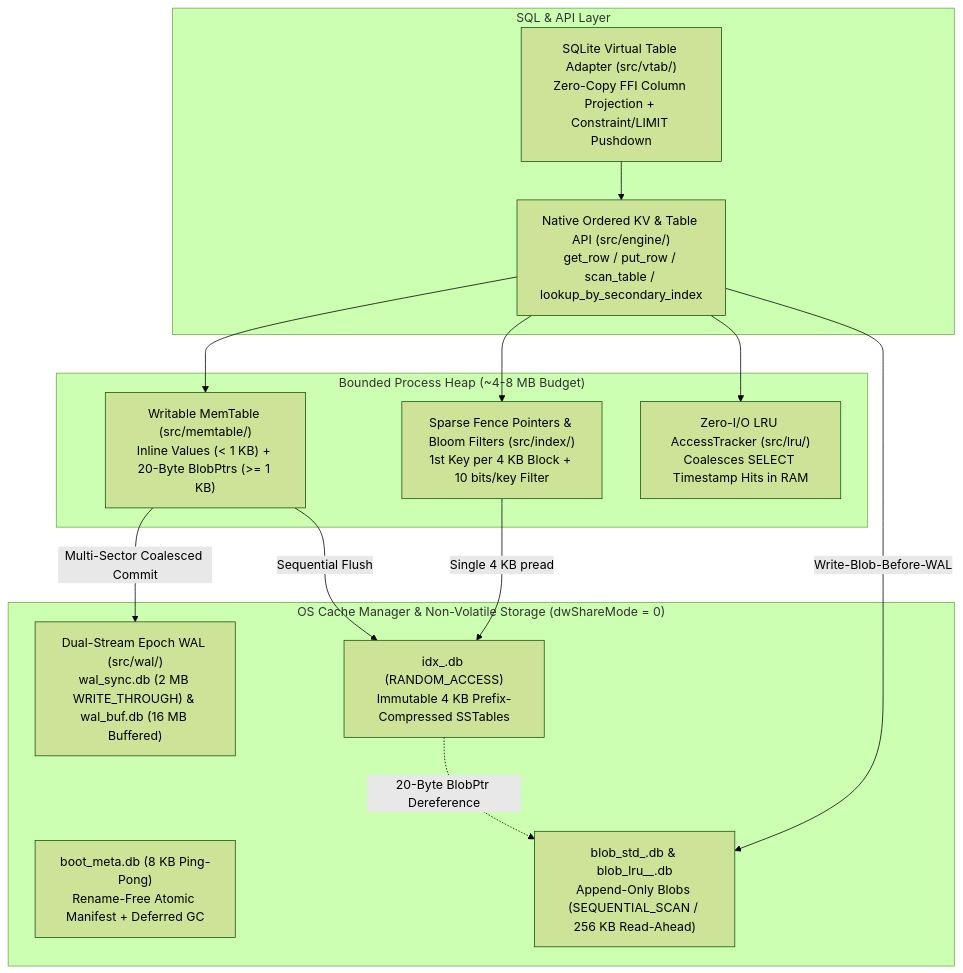
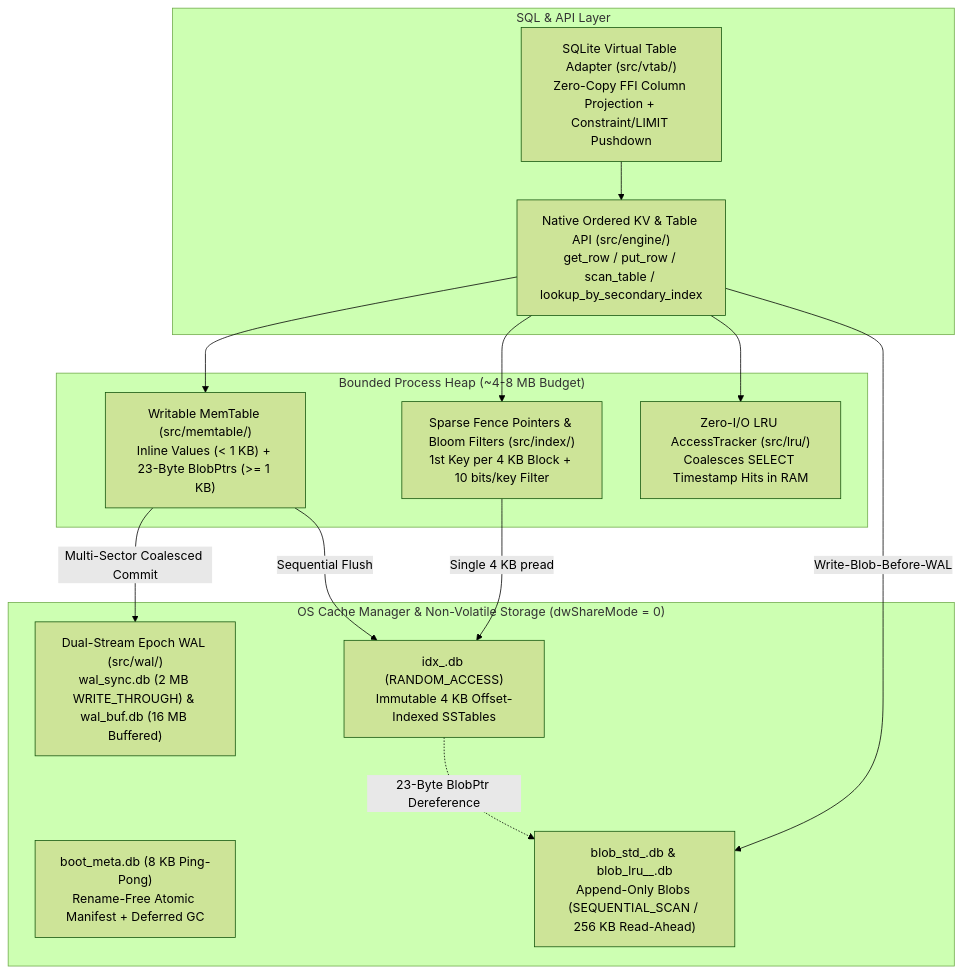
Before and after one commit to toyoshim-i/aydb: the diagram in README.md, drawn with Mermaid (forest theme). The commit also changed other lines of this file and 3 other files, not shown here.

````diff
--- a/README.md
+++ b/README.md
@@ -15,30 +15,30 @@
 ```mermaid
 flowchart TB
     subgraph SQL["SQL & API Layer"]
         VTAB["SQLite Virtual Table Adapter (src/vtab/)<br/>Zero-Copy FFI Column Projection + Constraint/LIMIT Pushdown"]
         KVAPI["Native Ordered KV & Table API (src/engine/)<br/>get_row / put_row / scan_table / lookup_by_secondary_index"]
     end
 
     subgraph Memory["Bounded Process Heap (~4-8 MB Budget)"]
-        MT["Writable MemTable (src/memtable/)<br/>Inline Values (< 1 KB) + 20-Byte BlobPtrs (>= 1 KB)"]
+        MT["Writable MemTable (src/memtable/)<br/>Inline Values (< 1 KB) + 23-Byte BlobPtrs (>= 1 KB)"]
         FENCE["Sparse Fence Pointers & Bloom Filters (src/index/)<br/>1st Key per 4 KB Block + 10 bits/key Filter"]
         LRU["Zero-I/O LRU AccessTracker (src/lru/)<br/>Coalesces SELECT Timestamp Hits in RAM"]
     end
 
     subgraph Disk["OS Cache Manager & Non-Volatile Storage (dwShareMode = 0)"]
         META["boot_meta.db (8 KB Ping-Pong)<br/>Rename-Free Atomic Manifest + Deferred GC"]
         WAL["Dual-Stream Epoch WAL (src/wal/)<br/>wal_sync.db (2 MB WRITE_THROUGH) & wal_buf.db (16 MB Buffered)"]
-        IDX["idx_<SeqID>.db (RANDOM_ACCESS)<br/>Immutable 4 KB Prefix-Compressed SSTables"]
+        IDX["idx_<SeqID>.db (RANDOM_ACCESS)<br/>Immutable 4 KB Offset-Indexed SSTables"]
         BLOB["blob_std_<SeqID>.db & blob_lru_<TblID>_<SeqID>.db<br/>Append-Only Blobs (SEQUENTIAL_SCAN / 256 KB Read-Ahead)"]
     end
 
     VTAB --> KVAPI
     KVAPI --> MT
     KVAPI --> FENCE
     KVAPI --> LRU
     MT -->|"Multi-Sector Coalesced Commit"| WAL
     MT -->|"Sequential Flush"| IDX
     FENCE -->|"Single 4 KB pread"| IDX
     KVAPI -->|"Write-Blob-Before-WAL"| BLOB
-    IDX -.->|"20-Byte BlobPtr Dereference"| BLOB
+    IDX -.->|"23-Byte BlobPtr Dereference"| BLOB
 ```
````
